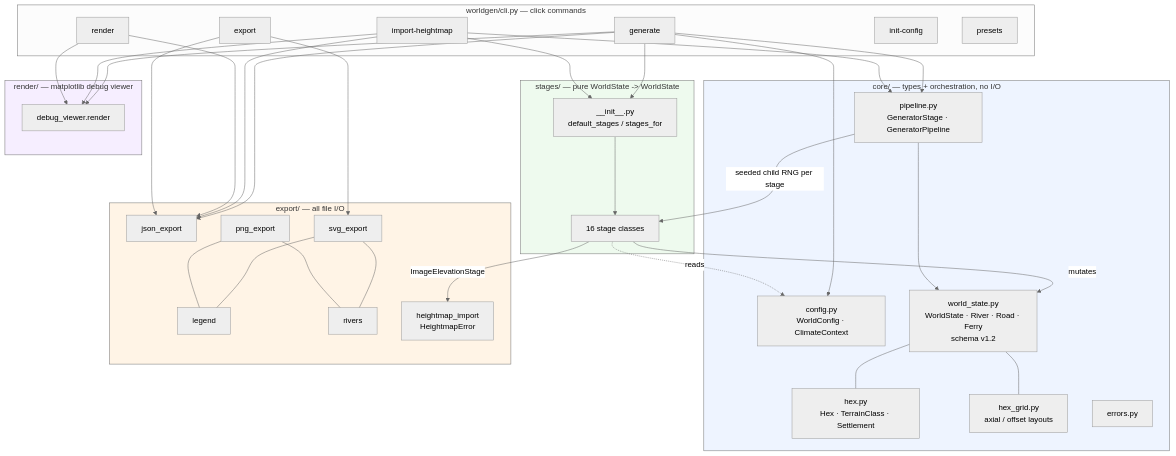
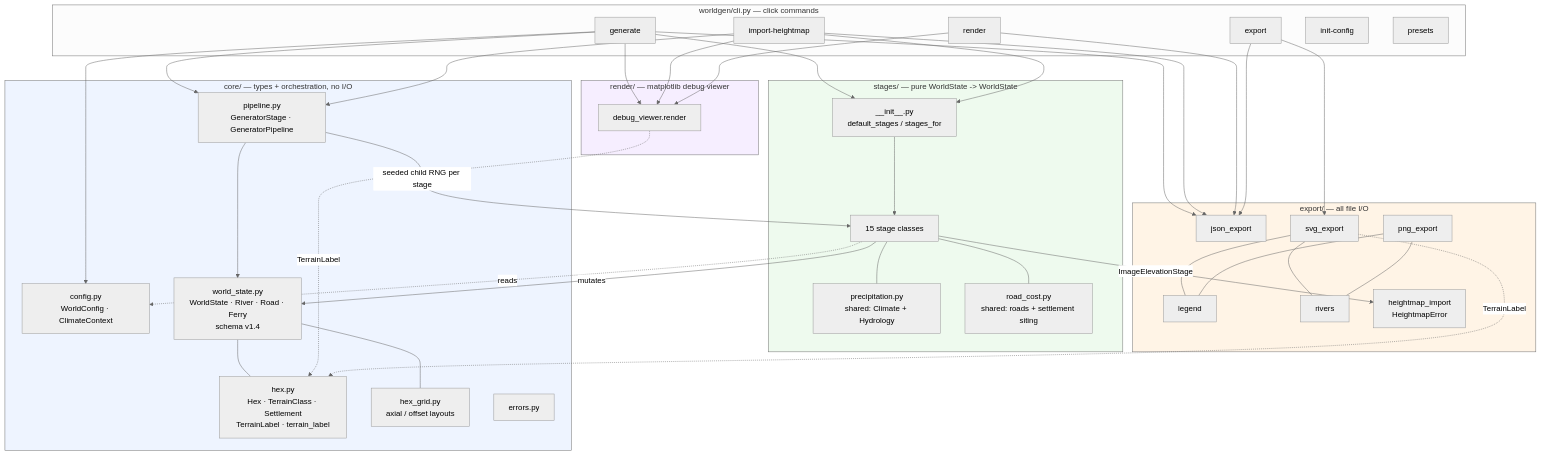
One commit to countercheck/worldgen changed the first of 2 diagrams in docs/ARCHITECTURE.md. Above: the diagram before and after it, drawn with Mermaid (neutral theme). The commit also changed other lines of this file, not shown here.

````diff
--- a/docs/ARCHITECTURE.md
+++ b/docs/ARCHITECTURE.md
@@ -8,70 +8,76 @@
 ```mermaid
 flowchart TB
     subgraph CLI["worldgen/cli.py — click commands"]
         G[generate]
         R[render]
         E[export]
         IH[import-heightmap]
         IC[init-config]
         P[presets]
     end
 
     subgraph CORE["core/ — types + orchestration, no I/O"]
         CFG[config.py<br/>WorldConfig · ClimateContext]
         PIPE[pipeline.py<br/>GeneratorStage · GeneratorPipeline]
-        WS[world_state.py<br/>WorldState · River · Road · Ferry<br/>schema v1.2]
-        HEX[hex.py<br/>Hex · TerrainClass · Settlement]
+        WS[world_state.py<br/>WorldState · River · Road · Ferry<br/>schema v1.4]
+        HEX[hex.py<br/>Hex · TerrainClass · Settlement<br/>TerrainLabel · terrain_label]
         GRID[hex_grid.py<br/>axial / offset layouts]
         ERR[errors.py]
     end
 
     subgraph STAGES["stages/ — pure WorldState -> WorldState"]
         REG[__init__.py<br/>default_stages / stages_for]
-        SEQ[16 stage classes]
+        SEQ[15 stage classes]
+        PRE[precipitation.py<br/>shared: Climate + Hydrology]
+        RC[road_cost.py<br/>shared: roads + settlement siting]
     end
 
     subgraph EXPORT["export/ — all file I/O"]
         JS[json_export]
         SVG[svg_export]
         PNG[png_export]
         LEG[legend]
         RIV[rivers]
         HI[heightmap_import<br/>HeightmapError]
     end
 
     subgraph RENDER["render/ — matplotlib debug viewer"]
         DV[debug_viewer.render]
     end
 
     G --> CFG
     G --> REG
     IH --> REG
     REG --> SEQ
     G --> PIPE
     IH --> PIPE
     PIPE -->|seeded child RNG per stage| SEQ
     SEQ -->|mutates| WS
     PIPE --> WS
+    SEQ --- PRE
+    SEQ --- RC
     WS --- HEX
     WS --- GRID
     SEQ -.reads.-> CFG
 
     SEQ -->|ImageElevationStage| HI
     G --> JS
     G --> DV
     IH --> JS
     IH --> DV
     R --> JS
     R --> DV
     E --> JS
     E --> SVG
     SVG --- LEG
     PNG --- LEG
     SVG --- RIV
     PNG --- RIV
+    DV -.->|TerrainLabel| HEX
+    SVG -.->|TerrainLabel| HEX
 
     style CORE fill:#eef4ff
     style STAGES fill:#eefaee
     style EXPORT fill:#fff4e6
     style RENDER fill:#f6eeff
 ```
````
